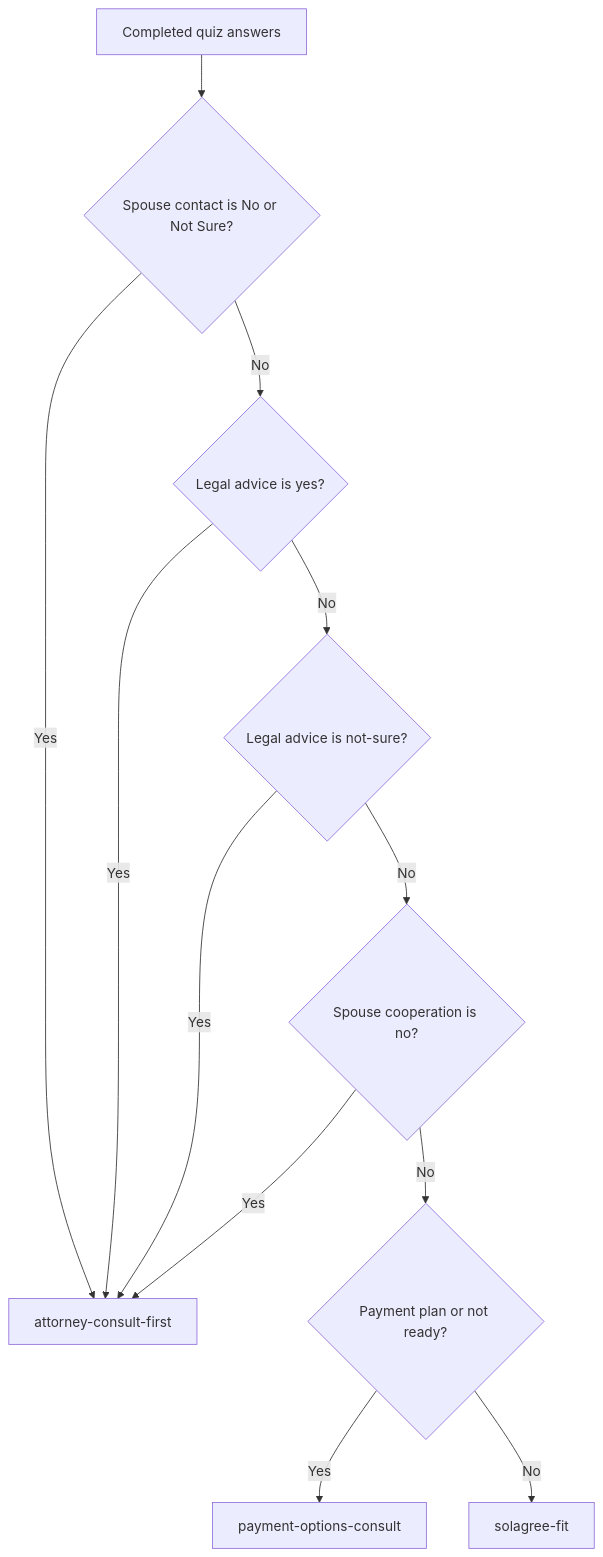
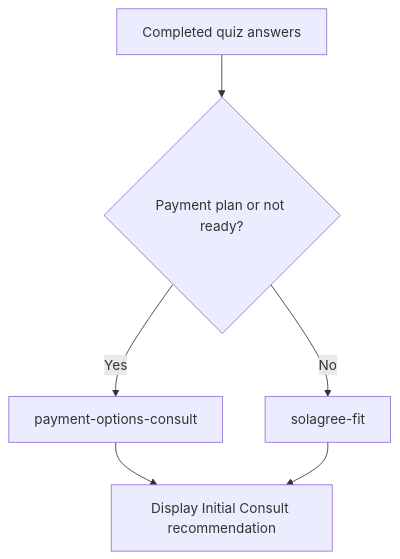
One commit to dmitryhb/solagree-website changed the diagram in docs/quiz-results-matrix.md. Above: the diagram before and after it, drawn with Mermaid. The commit also changed other lines of this file and 11 other files, not shown here.

Commit message:
fix: standardize quiz recommendation to initial consult

````diff
--- a/docs/quiz-results-matrix.md
+++ b/docs/quiz-results-matrix.md
@@ -41,14 +34,8 @@
 ```mermaid
 flowchart TD
-  A["Completed quiz answers"] --> B{"Spouse contact is No or Not Sure?"}
-  B -- Yes --> AC["attorney-consult-first"]
-  B -- No --> D{"Legal advice is yes?"}
-  D -- Yes --> AC
-  D -- No --> E{"Legal advice is not-sure?"}
-  E -- Yes --> AC
-  E -- No --> F{"Spouse cooperation is no?"}
-  F -- Yes --> AC
-  F -- No --> G{"Payment plan or not ready?"}
-  G -- Yes --> PO["payment-options-consult"]
-  G -- No --> SF["solagree-fit"]
+  A["Completed quiz answers"] --> B{"Payment plan or not ready?"}
+  B -- Yes --> PO["payment-options-consult"]
+  B -- No --> SF["solagree-fit"]
+  PO --> IC["Display Initial Consult recommendation"]
+  SF --> IC
 ```
````
